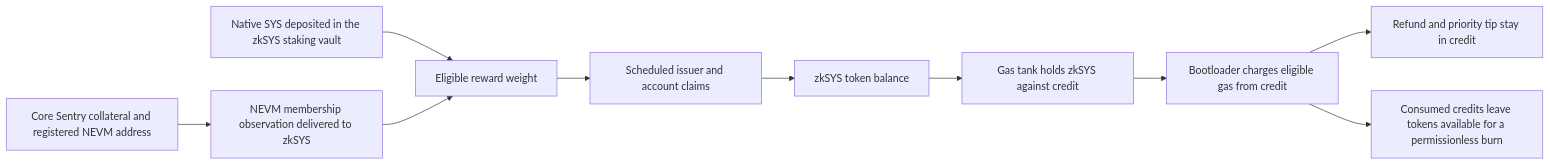
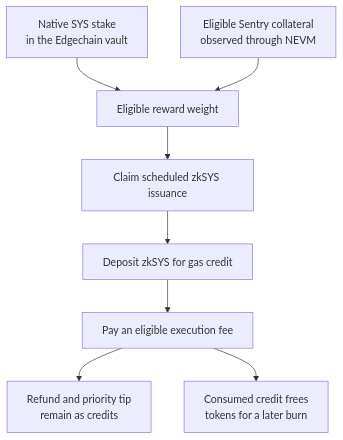
The second of 2 diagrams in docs/architecture/zksys.mdx (syscoin/sys-docs), drawn with Mermaid before and after one commit. The commit also changed other lines of this file and 45 other files, not shown here.

````diff
--- a/docs/architecture/zksys.mdx
+++ b/docs/architecture/zksys.mdx
@@ -45,12 +69,12 @@
 ```mermaid
-flowchart LR
-    Stake[Native SYS deposited in the zkSYS staking vault] --> Weight[Eligible reward weight]
-    Core[Core Sentry collateral and registered NEVM address] --> Registry[NEVM membership observation delivered to zkSYS]
-    Registry --> Weight
-    Weight --> Issuer[Scheduled issuer and account claims]
-    Issuer --> Token[zkSYS token balance]
-    Token --> Tank[Gas tank holds zkSYS against credit]
-    Tank --> Charge[Bootloader charges eligible gas from credit]
-    Charge --> Refund[Refund and priority tip stay in credit]
-    Charge --> Burn[Consumed credits leave tokens available for a permissionless burn]
+flowchart TB
+    accTitle: How SYS stake can lead to a zkSYS gas payment
+    accDescr: Vault stake and observed Sentry collateral determine reward weight. Eligible accounts can claim scheduled zkSYS, deposit it for gas credit, and spend that credit on eligible fees. Base fees create surplus available to burn.
+    Stake["Native SYS stake<br/>in the Edgechain vault"] --> Weight["Eligible reward weight"]
+    Core["Eligible Sentry collateral<br/>observed through NEVM"] --> Weight
+    Weight --> Issuer["Claim scheduled zkSYS issuance"]
+    Issuer --> Tank["Deposit zkSYS for gas credit"]
+    Tank --> Charge["Pay an eligible execution fee"]
+    Charge --> Refund["Refund and priority tip<br/>remain as credits"]
+    Charge --> Burn["Consumed credit frees<br/>tokens for a later burn"]
 ```
````
